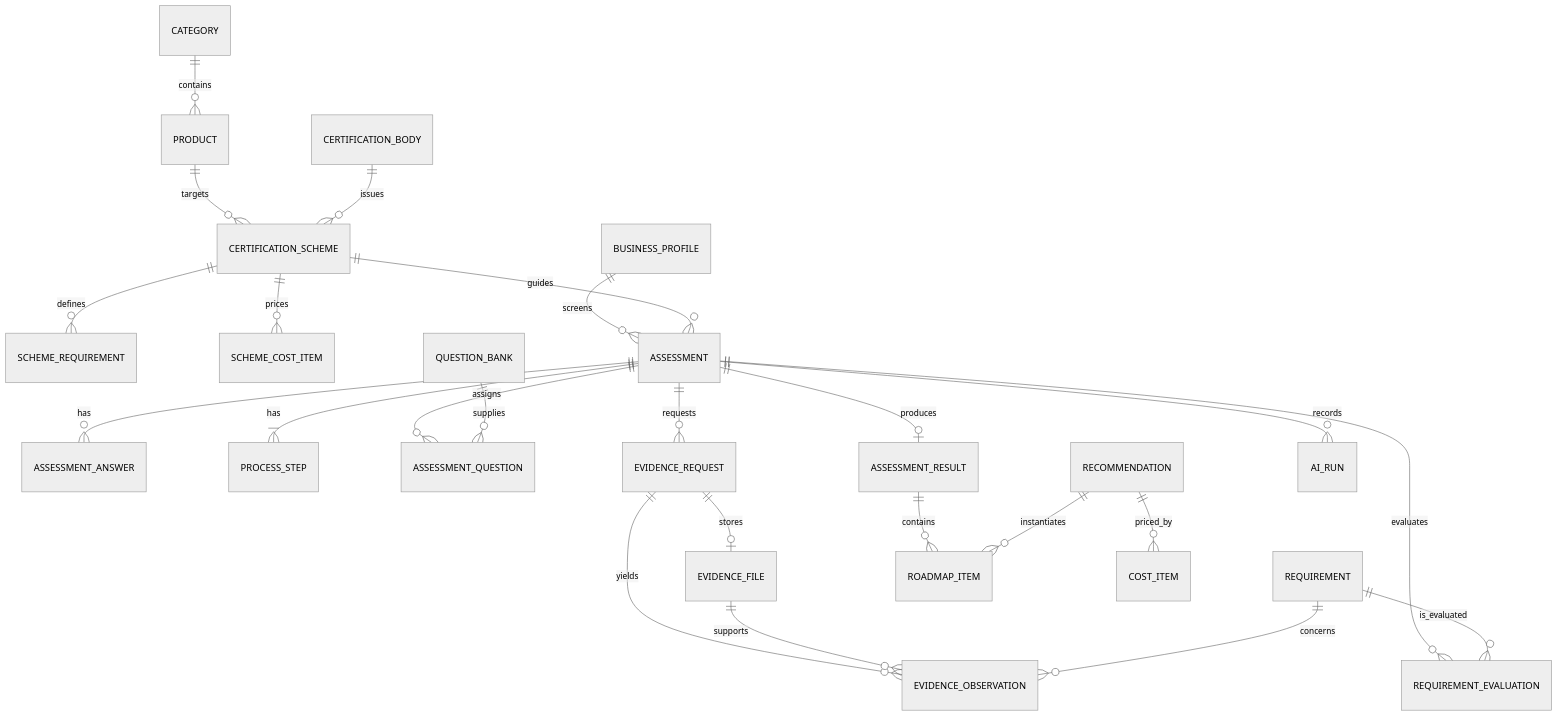
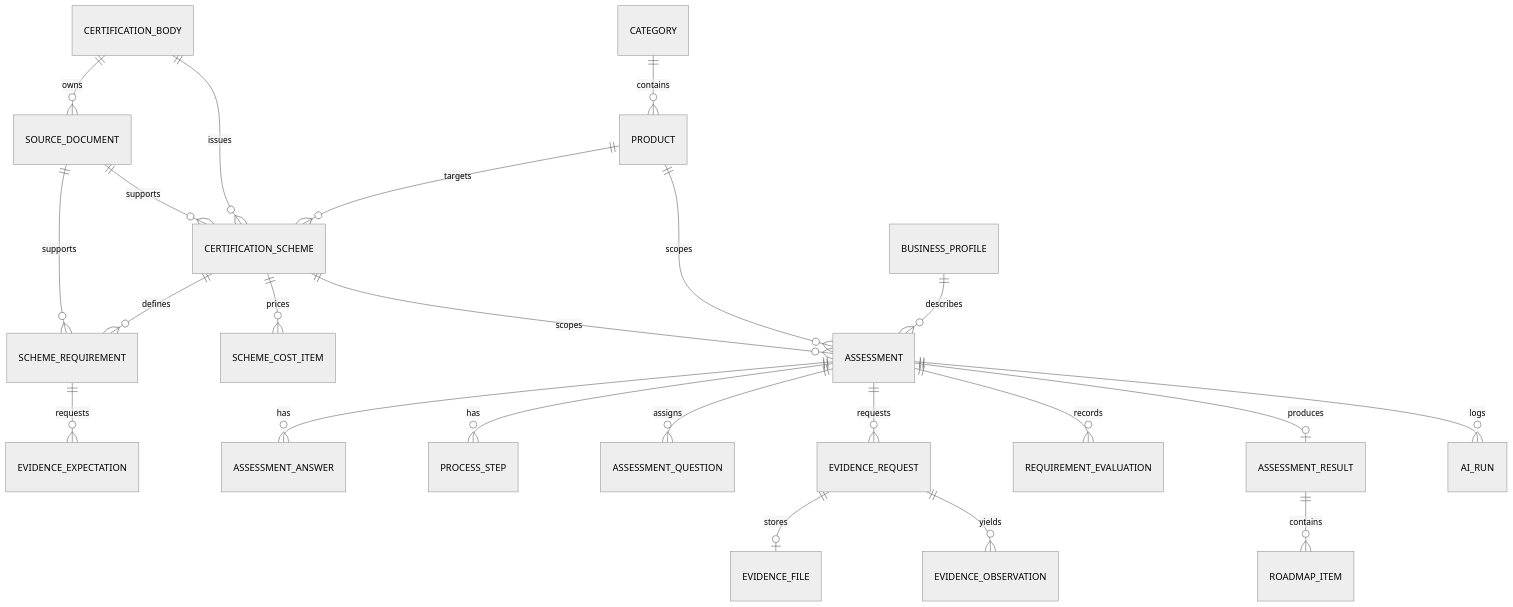
The diagram in docs/DATA_MODEL.md (HirushaSipsara/certifylk), drawn with Mermaid (neutral theme) before and after one commit. The commit also changed other lines of this file and 67 other files, not shown here.

````diff
--- a/docs/DATA_MODEL.md
+++ b/docs/DATA_MODEL.md
@@ -40,26 +64,25 @@
 ```mermaid
 erDiagram
   CATEGORY ||--o{ PRODUCT : contains
   PRODUCT ||--o{ CERTIFICATION_SCHEME : targets
   CERTIFICATION_BODY ||--o{ CERTIFICATION_SCHEME : issues
+  CERTIFICATION_BODY ||--o{ SOURCE_DOCUMENT : owns
+  SOURCE_DOCUMENT ||--o{ CERTIFICATION_SCHEME : supports
   CERTIFICATION_SCHEME ||--o{ SCHEME_REQUIREMENT : defines
+  SOURCE_DOCUMENT ||--o{ SCHEME_REQUIREMENT : supports
+  SCHEME_REQUIREMENT ||--o{ EVIDENCE_EXPECTATION : requests
   CERTIFICATION_SCHEME ||--o{ SCHEME_COST_ITEM : prices
-  BUSINESS_PROFILE ||--o{ ASSESSMENT : screens
-  CERTIFICATION_SCHEME ||--o{ ASSESSMENT : guides
+  BUSINESS_PROFILE ||--o{ ASSESSMENT : describes
+  PRODUCT ||--o{ ASSESSMENT : scopes
+  CERTIFICATION_SCHEME ||--o{ ASSESSMENT : scopes
   ASSESSMENT ||--o{ ASSESSMENT_ANSWER : has
-  ASSESSMENT ||--|{ PROCESS_STEP : has
+  ASSESSMENT ||--o{ PROCESS_STEP : has
   ASSESSMENT ||--o{ ASSESSMENT_QUESTION : assigns
-  QUESTION_BANK ||--o{ ASSESSMENT_QUESTION : supplies
   ASSESSMENT ||--o{ EVIDENCE_REQUEST : requests
   EVIDENCE_REQUEST ||--o| EVIDENCE_FILE : stores
   EVIDENCE_REQUEST ||--o{ EVIDENCE_OBSERVATION : yields
-  EVIDENCE_FILE ||--o{ EVIDENCE_OBSERVATION : supports
-  REQUIREMENT ||--o{ EVIDENCE_OBSERVATION : concerns
-  ASSESSMENT ||--o{ REQUIREMENT_EVALUATION : evaluates
-  REQUIREMENT ||--o{ REQUIREMENT_EVALUATION : is_evaluated
+  ASSESSMENT ||--o{ REQUIREMENT_EVALUATION : records
   ASSESSMENT ||--o| ASSESSMENT_RESULT : produces
   ASSESSMENT_RESULT ||--o{ ROADMAP_ITEM : contains
-  RECOMMENDATION ||--o{ COST_ITEM : priced_by
-  RECOMMENDATION ||--o{ ROADMAP_ITEM : instantiates
-  ASSESSMENT ||--o{ AI_RUN : records
+  ASSESSMENT ||--o{ AI_RUN : logs
 ```
````
